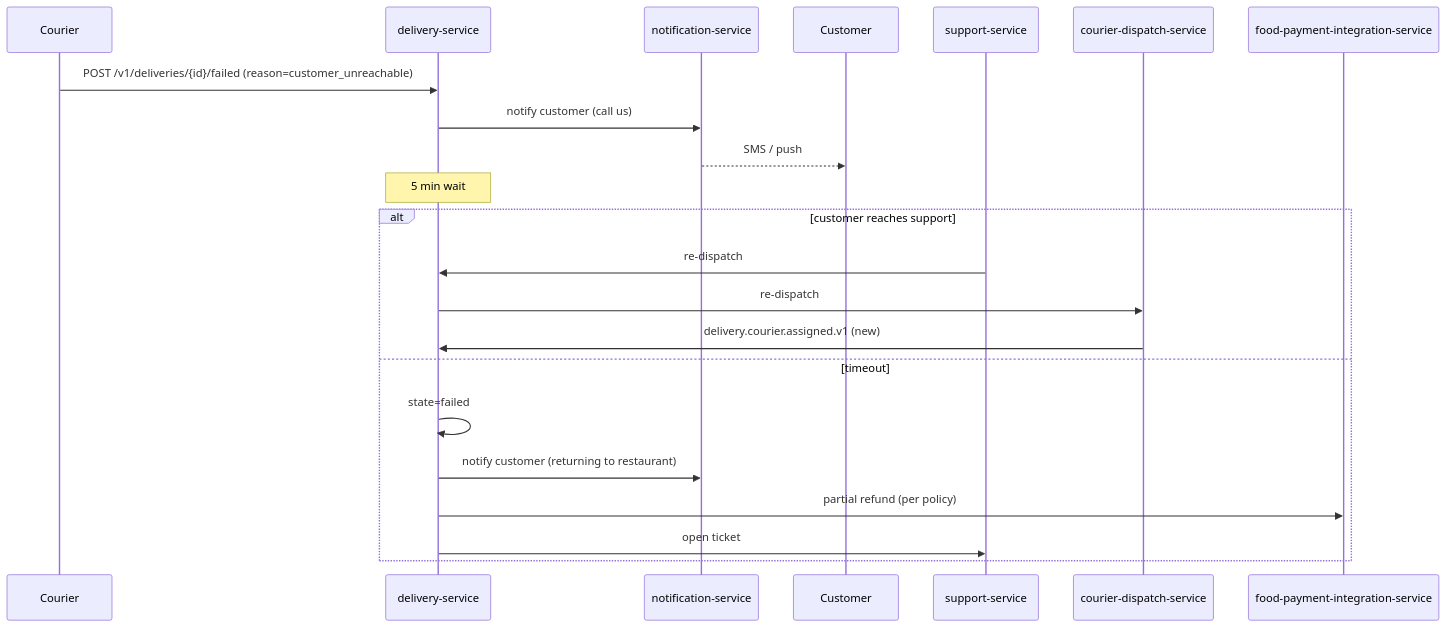
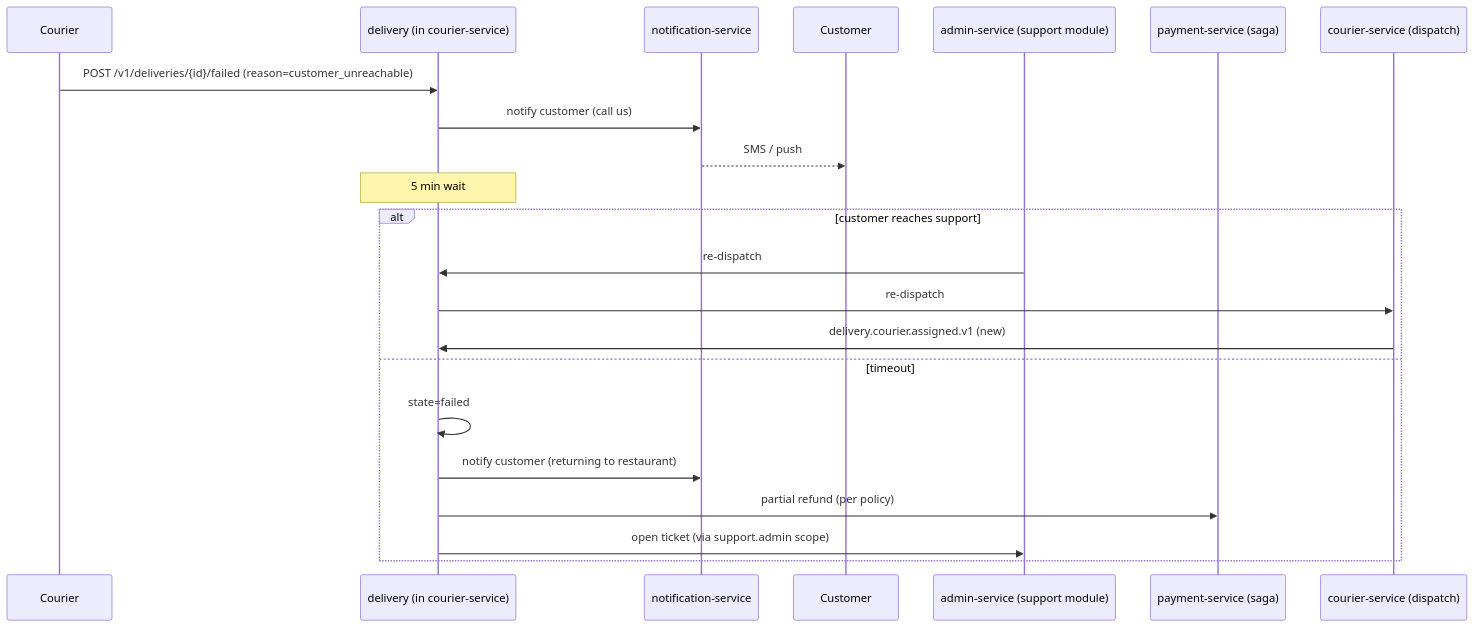
Before and after one commit to mohamedhabibwork/trips-enjoy-docs: the fifth of 7 diagrams in docs/workflows/COURIER_WORKFLOWS.md, drawn with Mermaid. The commit also changed other lines of this file and 525 other files, not shown here.

````diff
--- a/docs/workflows/COURIER_WORKFLOWS.md
+++ b/docs/workflows/COURIER_WORKFLOWS.md
@@ -115,25 +85,25 @@
 ```mermaid
 sequenceDiagram
     participant CR as Courier
-    participant DLV as delivery-service
+    participant DLV as delivery (in courier-service)
     participant NOT as notification-service
     participant C as Customer
-    participant SUP as support-service
-    participant CDP as courier-dispatch-service
-    participant FPI as food-payment-integration-service
+    participant ADM as admin-service (support module)
+    participant PAY as payment-service (saga)
+    participant COS as courier-service (dispatch)
 
     CR->>DLV: POST /v1/deliveries/{id}/failed (reason=customer_unreachable)
     DLV->>NOT: notify customer (call us)
     NOT-->>C: SMS / push
     Note over DLV: 5 min wait
     alt customer reaches support
-        SUP->>DLV: re-dispatch
-        DLV->>CDP: re-dispatch
-        CDP->>DLV: delivery.courier.assigned.v1 (new)
+        ADM->>DLV: re-dispatch
+        DLV->>COS: re-dispatch
+        COS->>DLV: delivery.courier.assigned.v1 (new)
     else timeout
         DLV->>DLV: state=failed
         DLV->>NOT: notify customer (returning to restaurant)
-        DLV->>FPI: partial refund (per policy)
-        DLV->>SUP: open ticket
+        DLV->>PAY: partial refund (per policy)
+        DLV->>ADM: open ticket (via support.admin scope)
     end
 ```
````
